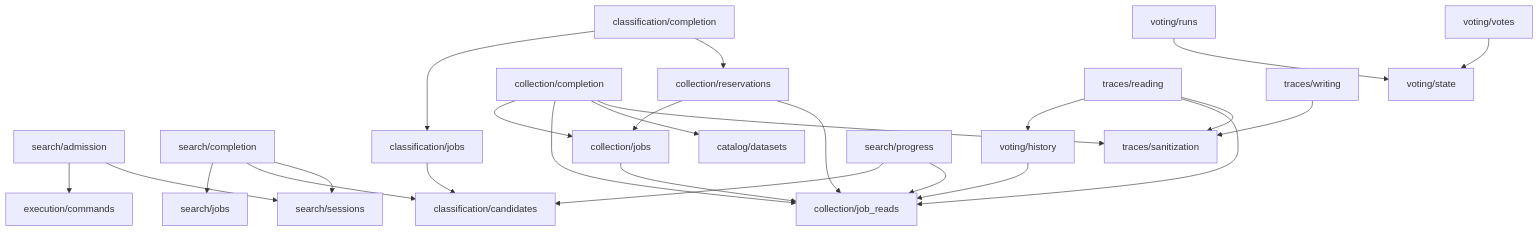
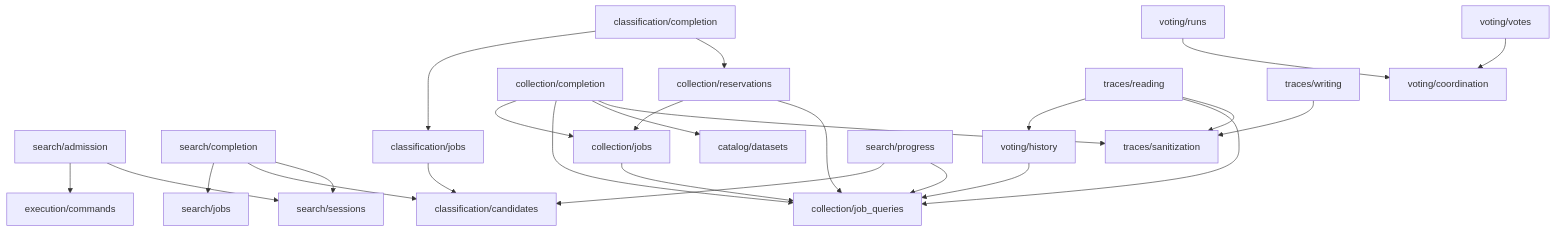
The diagram in docs/reference/database-refactor.md (nicolasberlin/global-health-dataset-catalog), drawn with Mermaid before and after one commit. The commit also changed other lines of this file and 15 other files, not shown here.

````diff
--- a/docs/reference/database-refactor.md
+++ b/docs/reference/database-refactor.md
@@ -72,27 +72,27 @@
 ```mermaid
 flowchart TD
     Admission[search/admission] --> Commands[execution/commands]
     Admission --> Sessions[search/sessions]
     SearchCompletion[search/completion] --> SearchJobs[search/jobs]
     SearchCompletion --> Candidates[classification/candidates]
     SearchCompletion --> Sessions
     ClassificationCompletion[classification/completion] --> ClassificationJobs[classification/jobs]
     ClassificationJobs --> Candidates
     ClassificationCompletion --> Reservations[collection/reservations]
     Reservations --> Jobs[collection/jobs]
-    Reservations --> JobReads[collection/job_reads]
+    Reservations --> JobQueries[collection/job_queries]
     CollectionCompletion[collection/completion] --> Jobs
-    CollectionCompletion --> JobReads
+    CollectionCompletion --> JobQueries
     CollectionCompletion --> Catalogue[catalog/datasets]
-    Jobs --> JobReads
-    VoteRuns[voting/runs] --> VoteState[voting/state]
-    Votes[voting/votes] --> VoteState
-    VoteHistory[voting/history] --> JobReads
+    Jobs --> JobQueries
+    VoteRuns[voting/runs] --> VoteCoordination[voting/coordination]
+    Votes[voting/votes] --> VoteCoordination
+    VoteHistory[voting/history] --> JobQueries
     TraceReading[traces/reading] --> VoteHistory
-    TraceReading --> JobReads
+    TraceReading --> JobQueries
     TraceReading --> Sanitization[traces/sanitization]
     TraceWriting[traces/writing] --> Sanitization
     CollectionCompletion --> Sanitization
     Progress[search/progress] --> Candidates
-    Progress --> JobReads
+    Progress --> JobQueries
 ```
````
